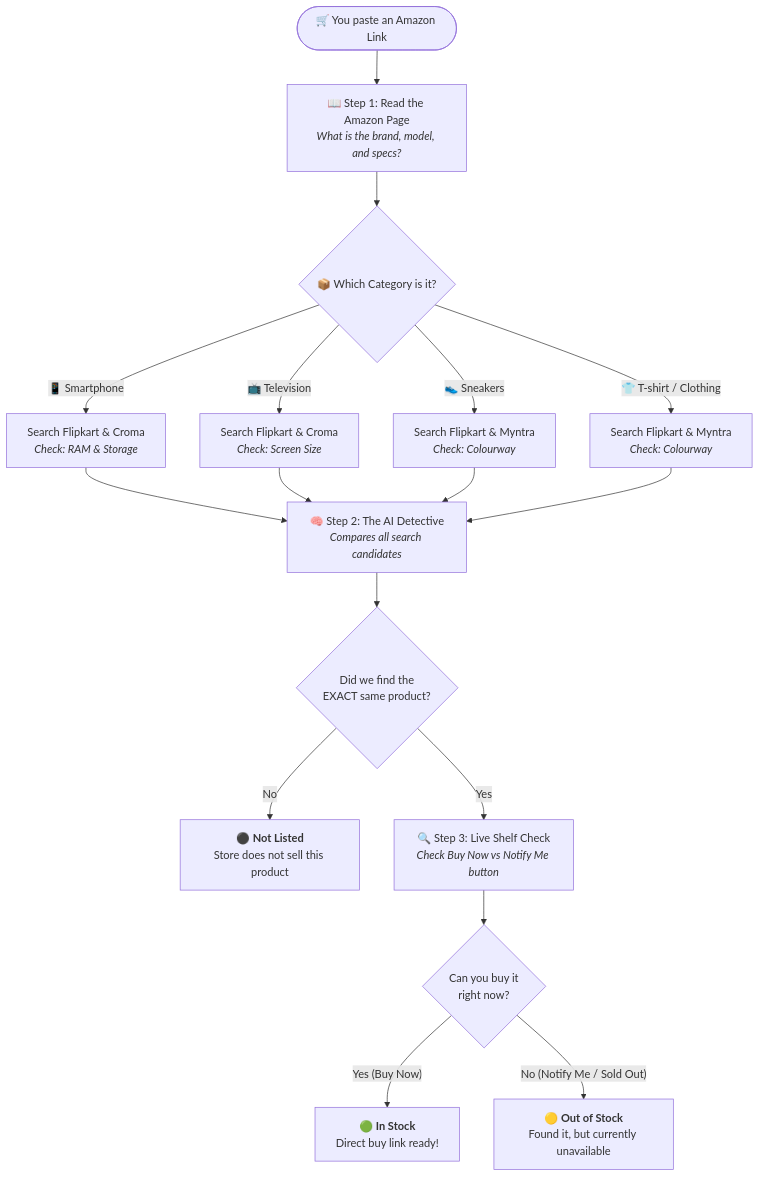
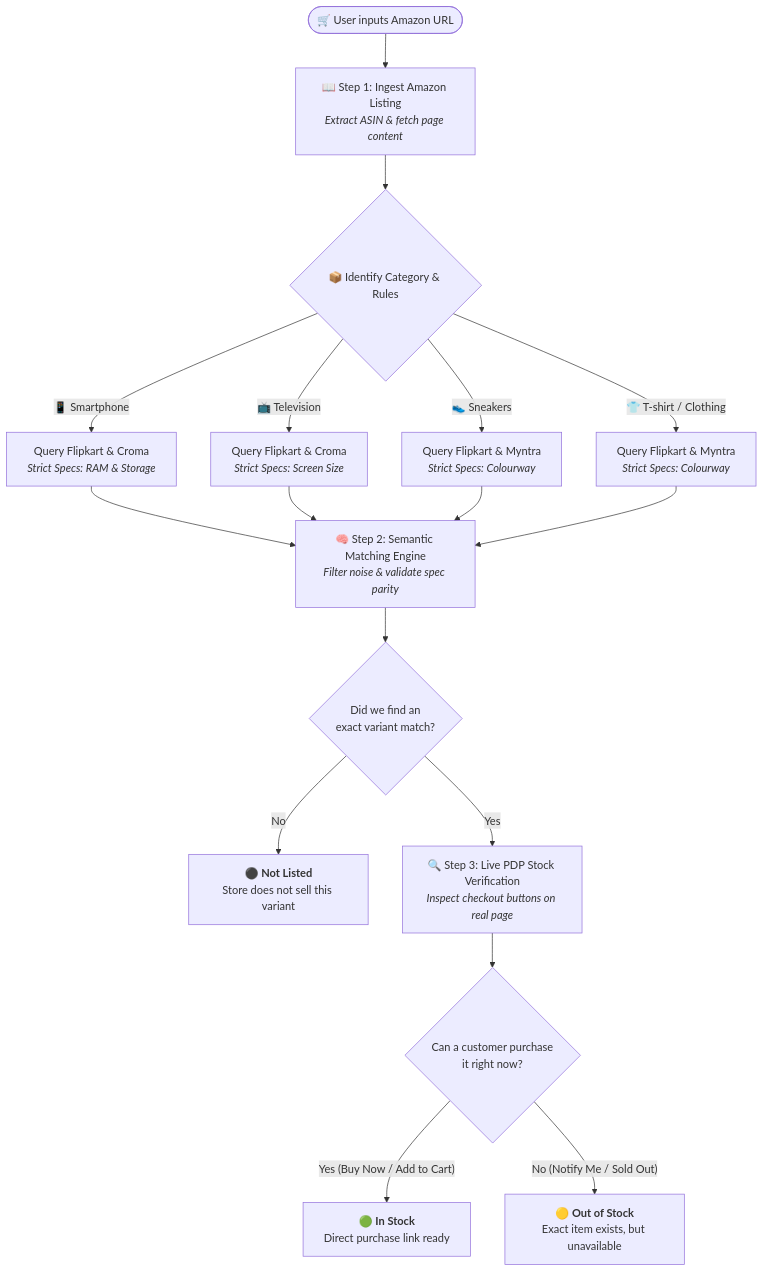
The first of 5 diagrams in MATCHING_EXPLAINED.md (shlokdubey1k/scruge_assignment), drawn with Mermaid before and after one commit. The commit also changed other lines of this file and 2 other files, not shown here.

Commit message:
Refine MATCHING_EXPLAINED.md with personal engineering walkthrough and add launcher scripts

````diff
--- a/MATCHING_EXPLAINED.md
+++ b/MATCHING_EXPLAINED.md
@@ -17,25 +21,25 @@
 ```mermaid
 flowchart TD
-    Start(["🛒 You paste an Amazon Link"]) --> ReadAmazon["📖 Step 1: Read the Amazon Page<br><i>What is the brand, model, and specs?</i>"]
+    Start(["🛒 User inputs Amazon URL"]) --> ReadAmazon["📖 Step 1: Ingest Amazon Listing<br><i>Extract ASIN & fetch page content</i>"]
     
-    ReadAmazon --> CategorySplit{"📦 Which Category is it?"}
+    ReadAmazon --> CategorySplit{"📦 Identify Category & Rules"}
     
-    CategorySplit -->|"📱 Smartphone"| ShopTech["Search Flipkart & Croma<br><i>Check: RAM & Storage</i>"]
-    CategorySplit -->|"📺 Television"| ShopTV["Search Flipkart & Croma<br><i>Check: Screen Size</i>"]
-    CategorySplit -->|"👟 Sneakers"| ShopFashion1["Search Flipkart & Myntra<br><i>Check: Colourway</i>"]
-    CategorySplit -->|"👕 T-shirt / Clothing"| ShopFashion2["Search Flipkart & Myntra<br><i>Check: Colourway</i>"]
+    CategorySplit -->|"📱 Smartphone"| ShopTech["Query Flipkart & Croma<br><i>Strict Specs: RAM & Storage</i>"]
+    CategorySplit -->|"📺 Television"| ShopTV["Query Flipkart & Croma<br><i>Strict Specs: Screen Size</i>"]
+    CategorySplit -->|"👟 Sneakers"| ShopFashion1["Query Flipkart & Myntra<br><i>Strict Specs: Colourway</i>"]
+    CategorySplit -->|"👕 T-shirt / Clothing"| ShopFashion2["Query Flipkart & Myntra<br><i>Strict Specs: Colourway</i>"]
     
-    ShopTech --> AIDetective["🧠 Step 2: The AI Detective<br><i>Compares all search candidates</i>"]
+    ShopTech --> AIDetective["🧠 Step 2: Semantic Matching Engine<br><i>Filter noise & validate spec parity</i>"]
     ShopTV --> AIDetective
     ShopFashion1 --> AIDetective
     ShopFashion2 --> AIDetective
     
-    AIDetective --> FoundMatch{"Did we find the<br>EXACT same product?"}
+    AIDetective --> FoundMatch{"Did we find an<br>exact variant match?"}
     
-    FoundMatch -->|"No"| BlackBadge["⚫ <b>Not Listed</b><br>Store does not sell this product"]
-    FoundMatch -->|"Yes"| LiveStock["🔍 Step 3: Live Shelf Check<br><i>Check Buy Now vs Notify Me button</i>"]
+    FoundMatch -->|"No"| BlackBadge["⚫ <b>Not Listed</b><br>Store does not sell this variant"]
+    FoundMatch -->|"Yes"| LiveStock["🔍 Step 3: Live PDP Stock Verification<br><i>Inspect checkout buttons on real page</i>"]
     
-    LiveStock --> InStock{"Can you buy it<br>right now?"}
-    InStock -->|"Yes (Buy Now)"| GreenBadge["🟢 <b>In Stock</b><br>Direct buy link ready!"]
-    InStock -->|"No (Notify Me / Sold Out)"| YellowBadge["🟡 <b>Out of Stock</b><br>Found it, but currently unavailable"]
+    LiveStock --> InStock{"Can a customer purchase<br>it right now?"}
+    InStock -->|"Yes (Buy Now / Add to Cart)"| GreenBadge["🟢 <b>In Stock</b><br>Direct purchase link ready"]
+    InStock -->|"No (Notify Me / Sold Out)"| YellowBadge["🟡 <b>Out of Stock</b><br>Exact item exists, but unavailable"]
 ```
````
